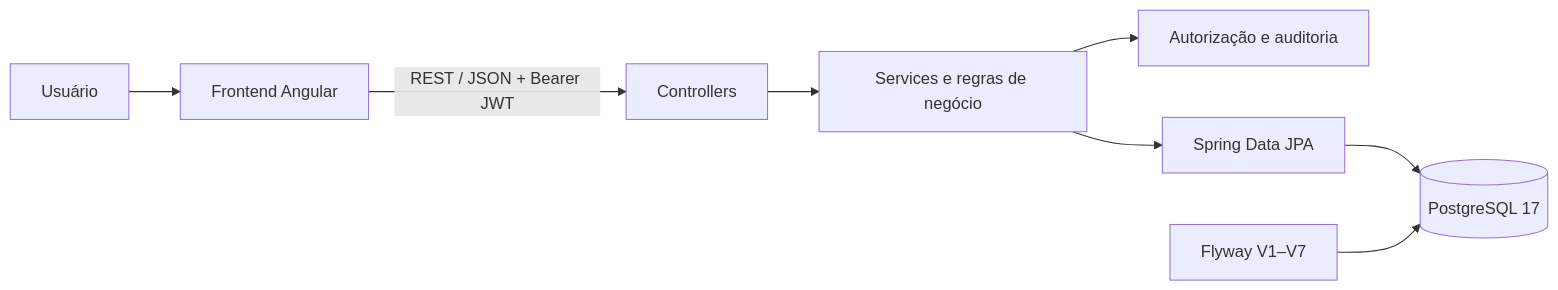
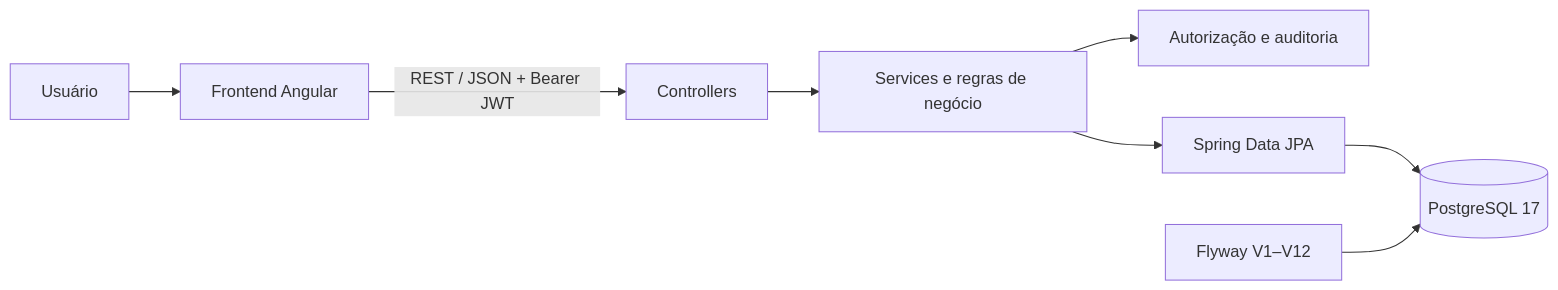
The diagram in README.md (JotaP3c/shared-planner-backend), drawn with Mermaid before and after one commit. The commit also changed other lines of this file, not shown here.

````diff
--- a/README.md
+++ b/README.md
@@ -57,10 +77,10 @@
 ```mermaid
 flowchart LR
     U[Usuário] --> F[Frontend Angular]
     F -->|REST / JSON + Bearer JWT| C[Controllers]
     C --> S[Services e regras de negócio]
     S --> A[Autorização e auditoria]
     S --> R[Spring Data JPA]
     R --> P[(PostgreSQL 17)]
-    M[Flyway V1–V7] --> P
+    M[Flyway V1–V12] --> P
 ```
````
